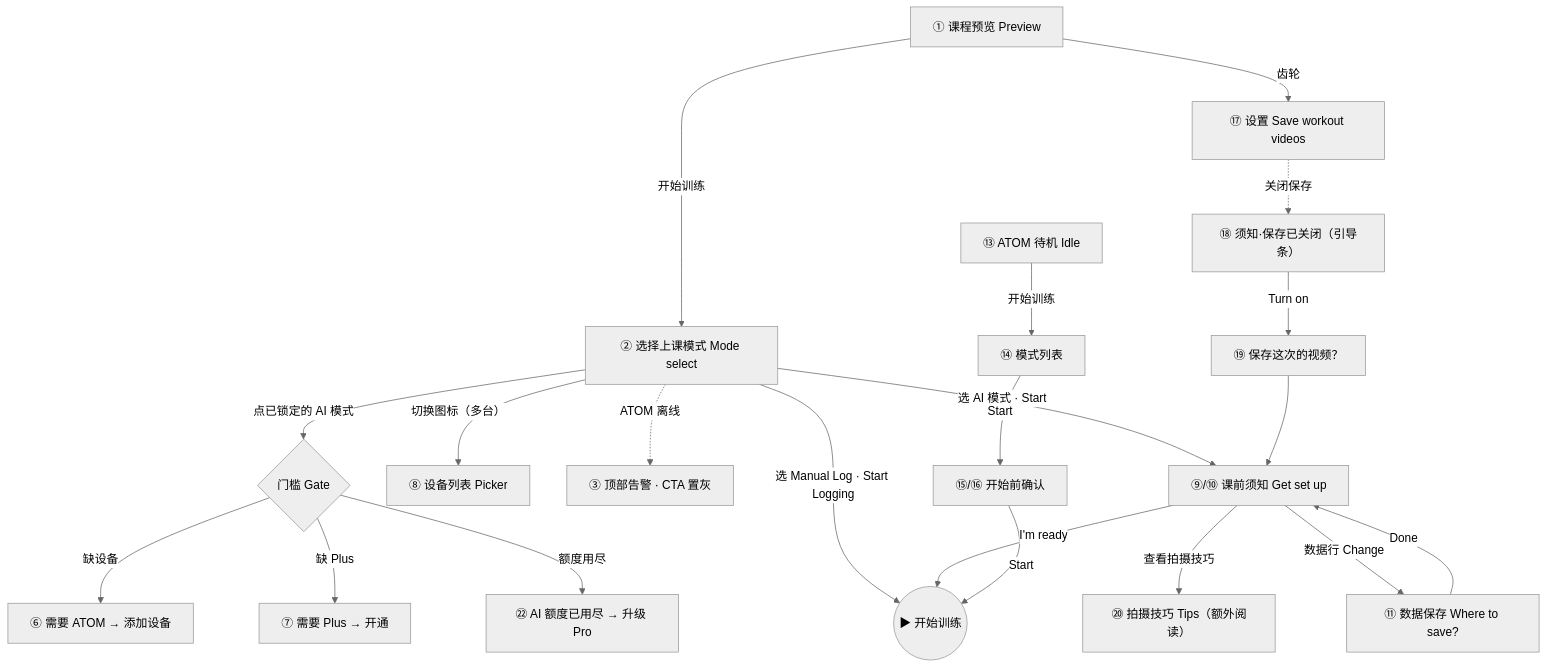
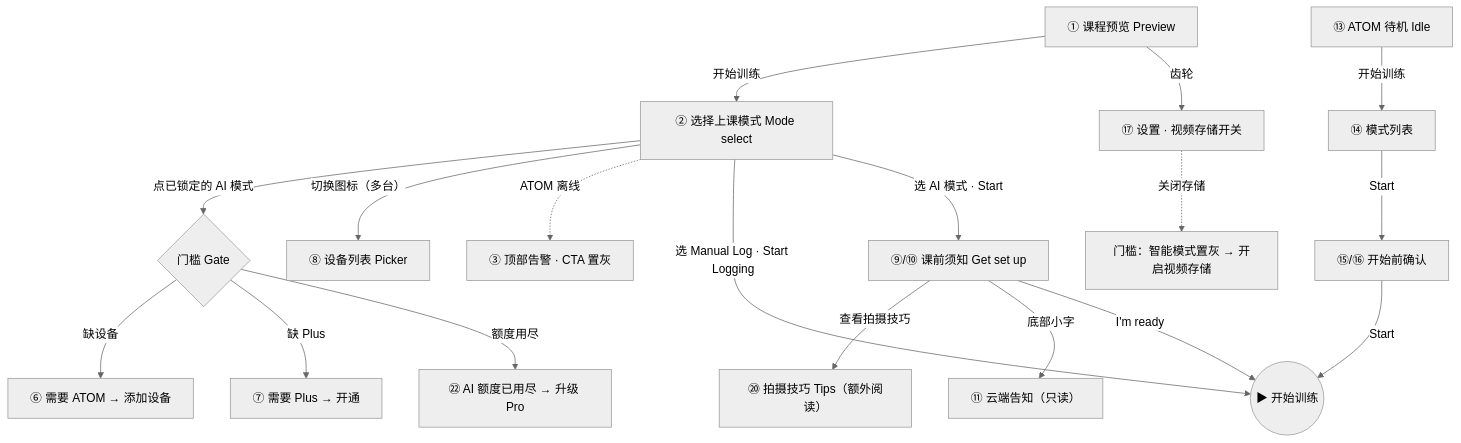
The diagram in PRD 课前模式选择.md (Alexis-Lin/ATOM-PreClass-ModeSelection), drawn with Mermaid (neutral theme) before and after one commit. The commit also changed other lines of this file and 8 other files, not shown here.

````diff
--- a/PRD 课前模式选择.md
+++ b/PRD 课前模式选择.md
@@ -198,23 +189,20 @@
 ```mermaid
 flowchart TD
   P0["① 课程预览 Preview"] -->|开始训练| M["② 选择上课模式 Mode select"]
   M -->|点已锁定的 AI 模式| G{"门槛 Gate"}
   G -->|缺设备| G1["⑥ 需要 ATOM → 添加设备"]
   G -->|缺 Plus| G2["⑦ 需要 Plus → 开通"]
   G -->|额度用尽| G3["㉒ AI 额度已用尽 → 升级 Pro"]
   M -->|切换图标（多台）| DP["⑧ 设备列表 Picker"]
   M -.->|ATOM 离线| OFF["③ 顶部告警 · CTA 置灰"]
   M -->|选 Manual Log · Start Logging| START(("▶ 开始训练"))
   M -->|选 AI 模式 · Start| N["⑨/⑩ 课前须知 Get set up"]
   N -->|查看拍摄技巧| T["⑳ 拍摄技巧 Tips（额外阅读）"]
-  N -->|数据行 Change| D["⑪ 数据保存 Where to save?"]
-  D -->|Done| N
+  N -->|底部小字| CN["⑪ 云端告知（只读）"]
   N -->|I'm ready| START
-  P0 -->|齿轮| S["⑰ 设置 Save workout videos"]
-  S -.->|关闭保存| N2["⑱ 须知·保存已关闭（引导条）"]
-  N2 -->|Turn on| INV["⑲ 保存这次的视频？"]
-  INV --> N
+  P0 -->|齿轮| S["⑰ 设置 · 视频存储开关"]
+  S -.->|关闭存储| G4["门槛：智能模式置灰 → 开启视频存储"]
   A0["⑬ ATOM 待机 Idle"] -->|开始训练| AM["⑭ 模式列表"]
   AM -->|Start| AC["⑮/⑯ 开始前确认"]
   AC -->|Start| START
 ```
````
